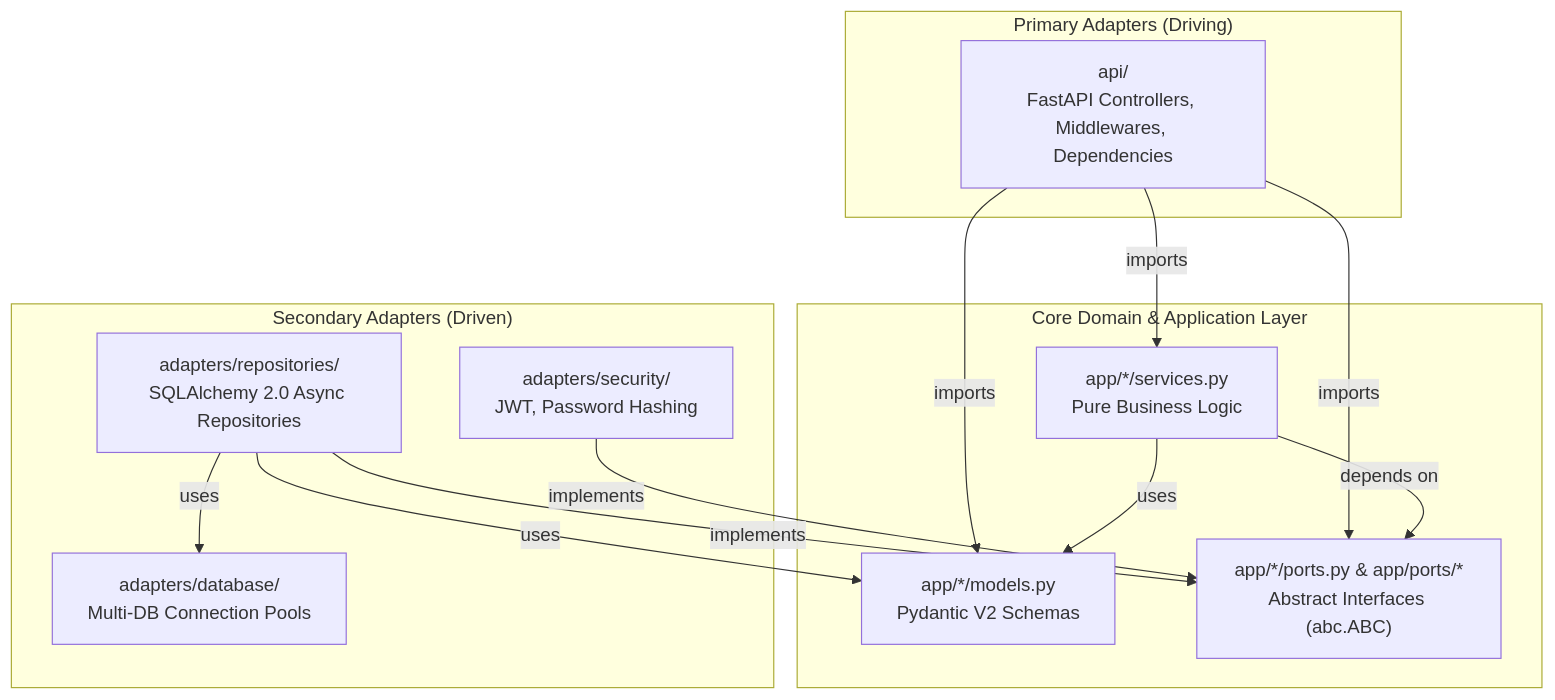
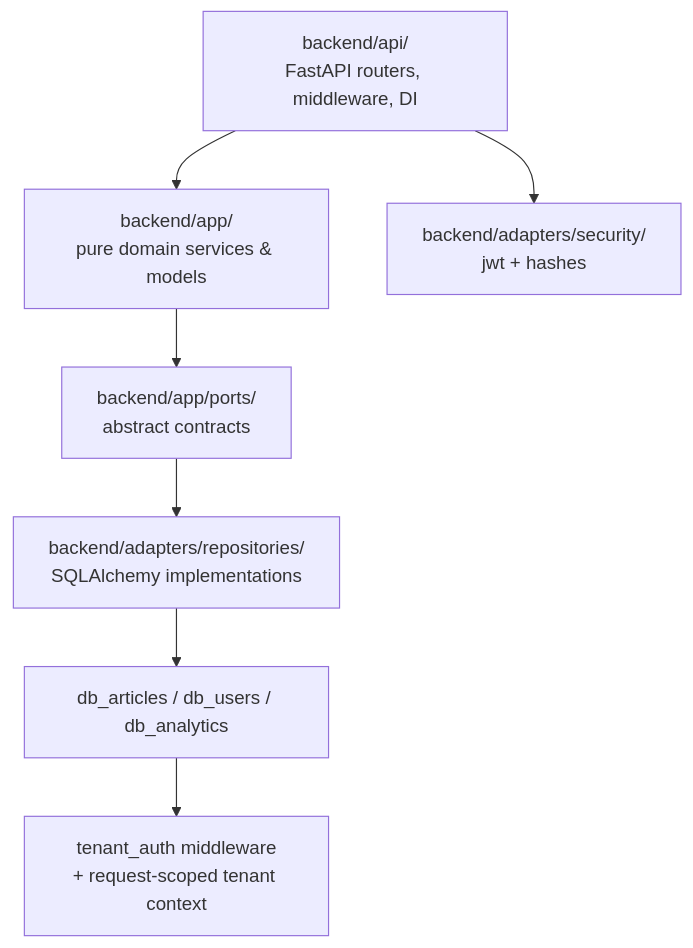
Before and after one commit to StockDepositControl/SaaSStockDepositControl: the diagram in docs/ARCHITECTURE.md, drawn with Mermaid. The commit also changed other lines of this file and 24 other files, not shown here.

````diff
--- a/docs/ARCHITECTURE.md
+++ b/docs/ARCHITECTURE.md
@@ -14,28 +15,9 @@
 ```mermaid
 graph TD
-    subgraph "Primary Adapters (Driving)"
-        API["api/<br/>FastAPI Controllers, Middlewares, Dependencies"]
-    end
-
-    subgraph "Core Domain & Application Layer"
-        Services["app/*/services.py<br/>Pure Business Logic"]
-        Models["app/*/models.py<br/>Pydantic V2 Schemas"]
-        Ports["app/*/ports.py & app/ports/*<br/>Abstract Interfaces (abc.ABC)"]
-    end
-
-    subgraph "Secondary Adapters (Driven)"
-        Repos["adapters/repositories/<br/>SQLAlchemy 2.0 Async Repositories"]
-        DB["adapters/database/<br/>Multi-DB Connection Pools"]
-        Security["adapters/security/<br/>JWT, Password Hashing"]
-    end
-
-    API -->|"imports"| Ports
-    API -->|"imports"| Models
-    API -->|"imports"| Services
-    Repos -->|"implements"| Ports
-    Repos -->|"uses"| Models
-    Security -->|"implements"| Ports
-    Services -->|"depends on"| Ports
-    Services -->|"uses"| Models
-    Repos -->|"uses"| DB
+    API["backend/api/<br/>FastAPI routers, middleware, DI"] --> DOMAIN["backend/app/<br/>pure domain services & models"]
+    DOMAIN --> PORTS["backend/app/ports/<br/>abstract contracts"]
+    PORTS --> REPO["backend/adapters/repositories/<br/>SQLAlchemy implementations"]
+    REPO --> DB["db_articles / db_users / db_analytics"]
+    API --> SECURITY["backend/adapters/security/<br/>jwt + hashes"]
+    DB --> MIDDLEWARE["tenant_auth middleware<br/>+ request-scoped tenant context"]
 ```
````
